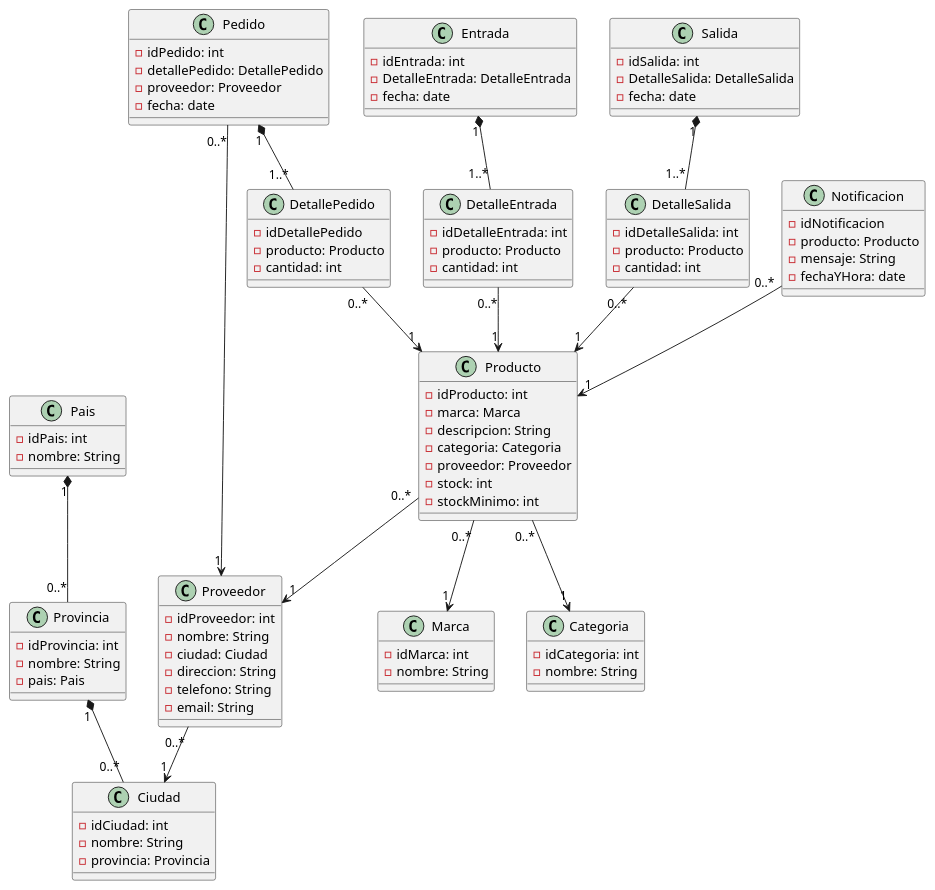
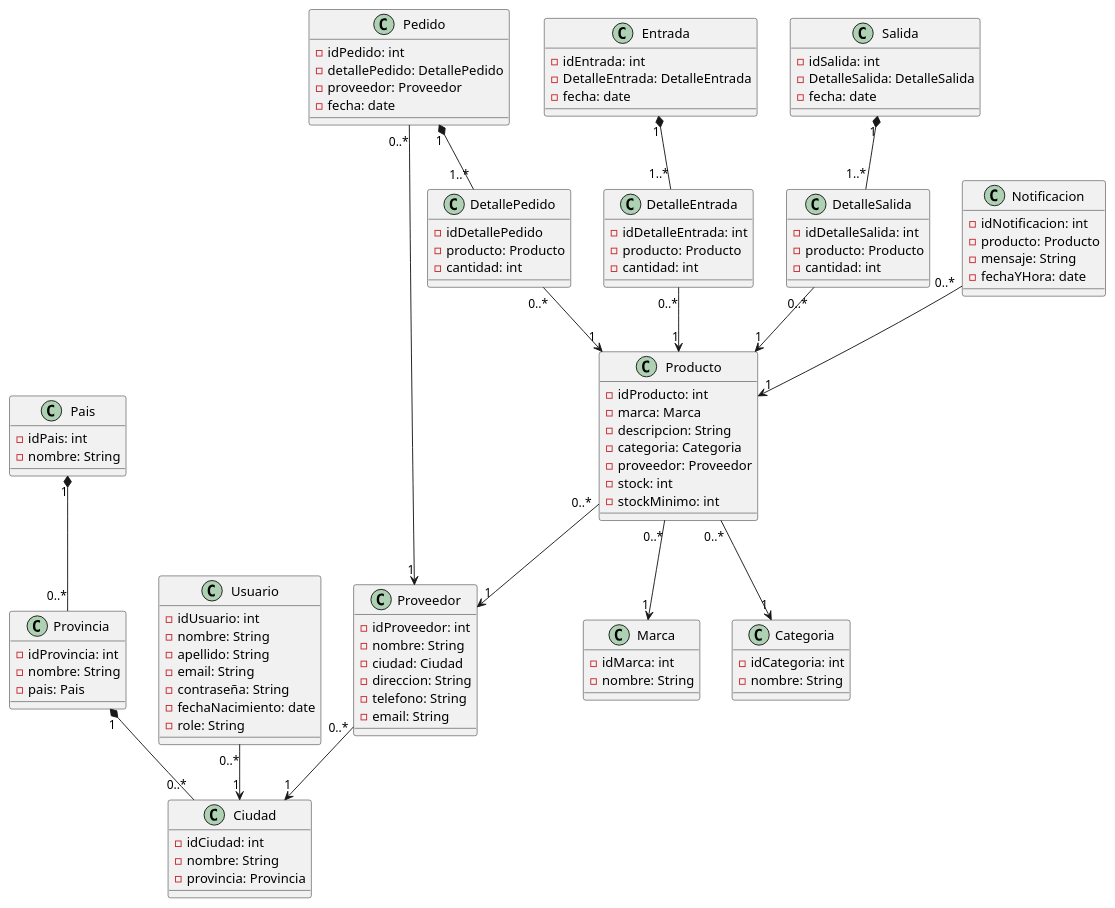
One commit to MartinCostamagna/ControlDeStock changed the diagram in Diagramas/Diagrama de clases.puml. Above: the diagram before and after it, drawn with PlantUML. The commit also changed 3 other files, not shown here.

Commit message:
Actualización diagramas

```diff
--- a/Diagramas/Diagrama de clases.puml
+++ b/Diagramas/Diagrama de clases.puml
@@ -1,108 +1,119 @@
 @startuml Diagrama de Clases
 
 class Producto{
     -idProducto: int
     -marca: Marca
     -descripcion: String
     -categoria: Categoria
     -proveedor: Proveedor
     -stock: int
     -stockMinimo: int
 }
 
 class Marca{
     -idMarca: int
     -nombre: String
 }
 
 class Categoria{
     -idCategoria: int
     -nombre: String
 }
 
 class Proveedor{
     -idProveedor: int
     -nombre: String
     -ciudad: Ciudad
     -direccion: String
     -telefono: String
     -email: String
 }
 
 class Ciudad{
     -idCiudad: int
     -nombre: String
     -provincia: Provincia
 }
 
 class Provincia{
     -idProvincia: int
     -nombre: String
     -pais: Pais
 }
 
 class Pais{
     -idPais: int
     -nombre: String
 }
 
 class Pedido{
     -idPedido: int
     -detallePedido: DetallePedido
     -proveedor: Proveedor
     -fecha: date
 }
 
 class DetallePedido{
     -idDetallePedido
     -producto: Producto
     -cantidad: int
 }
 
 class Entrada {
     -idEntrada: int
     -DetalleEntrada: DetalleEntrada
     -fecha: date
 }
 
 class DetalleEntrada{
     -idDetalleEntrada: int
     -producto: Producto
     -cantidad: int
 }
 
 class Salida{
     -idSalida: int
     -DetalleSalida: DetalleSalida 
     -fecha: date
 }
 
 class DetalleSalida{
     -idDetalleSalida: int
     -producto: Producto
     -cantidad: int
 }
 
 class Notificacion{
-    -idNotificacion
+    -idNotificacion: int
     -producto: Producto
     -mensaje: String
     -fechaYHora: date
+}
+
+class Usuario{
+    -idUsuario: int
+    -nombre: String
+    -apellido: String
+    -email: String
+    -contraseña: String
+    -fechaNacimiento: date
+    -role: String
 }
 
 Producto "0..*" --> "1" Marca
 Producto "0..*" --> "1" Categoria
 Producto "0..*" --> "1" Proveedor
 Proveedor "0..*" --> "1" Ciudad
 Pais "1" *-- "0..*" Provincia
 Provincia "1" *-- "0..*" Ciudad
 Pedido "1" *-- "1..*" DetallePedido
 Pedido "0..*" --> "1" Proveedor
 DetallePedido "0..*" --> "1" Producto
 Entrada "1" *-- "1..*" DetalleEntrada
 DetalleEntrada "0..*" --> "1" Producto
 Salida "1" *-- "1..*" DetalleSalida
 DetalleSalida "0..*" --> "1" Producto
 Notificacion "0..*" --> "1" Producto
+Usuario "0..*" --> "1" Ciudad
 
 @enduml
```
